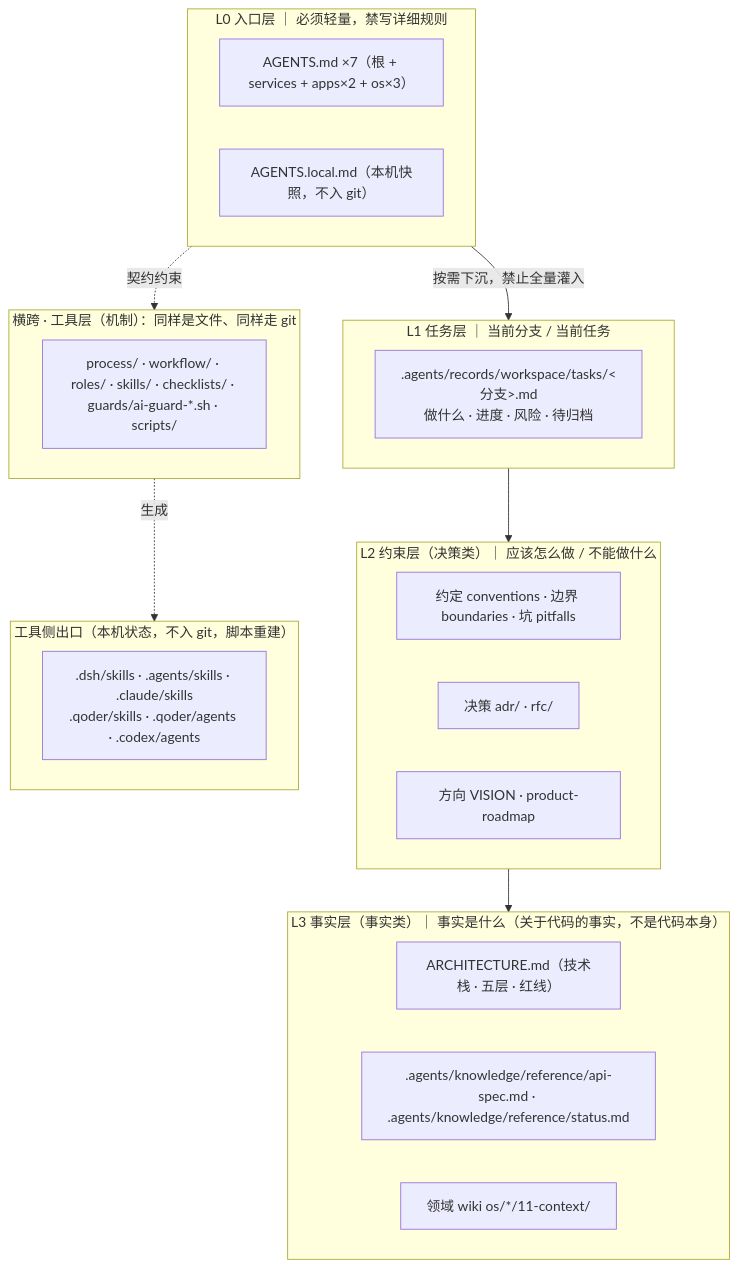
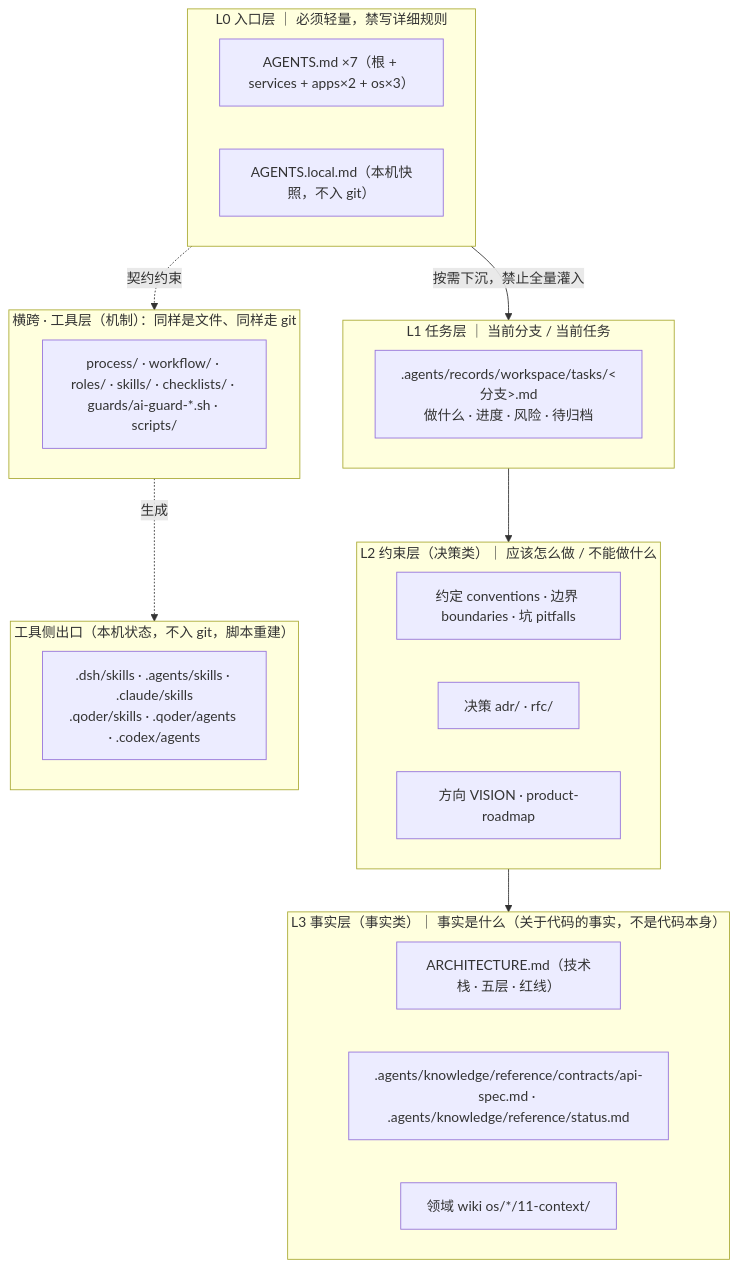
The first of 9 diagrams in .agents/rules/assets/ai-context-engineering.md (adaios/adaios), drawn with Mermaid before and after one commit. The commit also changed other lines of this file and 85 other files, not shown here.

````diff
--- a/.agents/rules/assets/ai-context-engineering.md
+++ b/.agents/rules/assets/ai-context-engineering.md
@@ -27,31 +27,31 @@
 ```mermaid
 flowchart TB
     subgraph L0["L0 入口层 ｜ 必须轻量，禁写详细规则"]
         A1["AGENTS.md ×7（根 + services + apps×2 + os×3）"]
         A2["AGENTS.local.md（本机快照，不入 git）"]
     end
     subgraph L1["L1 任务层 ｜ 当前分支 / 当前任务"]
         B1[".agents/records/workspace/tasks/&lt;分支&gt;.md<br/>做什么 · 进度 · 风险 · 待归档"]
     end
     subgraph L2["L2 约束层（决策类）｜ 应该怎么做 / 不能做什么"]
         C1["约定 conventions · 边界 boundaries · 坑 pitfalls"]
         C2["决策 adr/ · rfc/"]
         C3["方向 VISION · product-roadmap"]
     end
     subgraph L3["L3 事实层（事实类）｜ 事实是什么（关于代码的事实，不是代码本身）"]
         D1["ARCHITECTURE.md（技术栈 · 五层 · 红线）"]
-        D2[".agents/knowledge/reference/api-spec.md · .agents/knowledge/reference/status.md"]
+        D2[".agents/knowledge/reference/contracts/api-spec.md · .agents/knowledge/reference/status.md"]
         D3["领域 wiki os/*/11-context/"]
     end
     subgraph TOOL["横跨 · 工具层（机制）：同样是文件、同样走 git"]
         E1["process/ · workflow/ · roles/ · skills/ · checklists/ · guards/ai-guard-*.sh · scripts/"]
     end
     subgraph OUT["工具侧出口（本机状态，不入 git，脚本重建）"]
         F1[".dsh/skills · .agents/skills · .claude/skills<br/>.qoder/skills · .qoder/agents · .codex/agents"]
     end
     L0 -->|按需下沉，禁止全量灌入| L1
     L1 --> L2
     L2 --> L3
     TOOL -.->|生成| OUT
     L0 -.->|契约约束| TOOL
 ```
````
